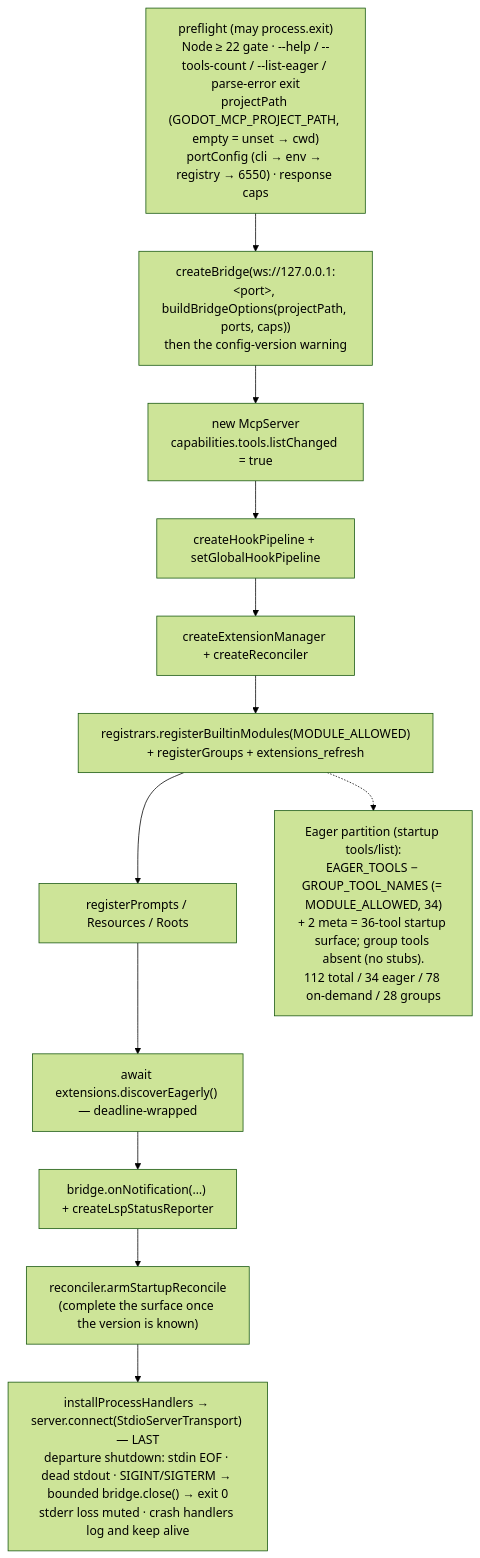
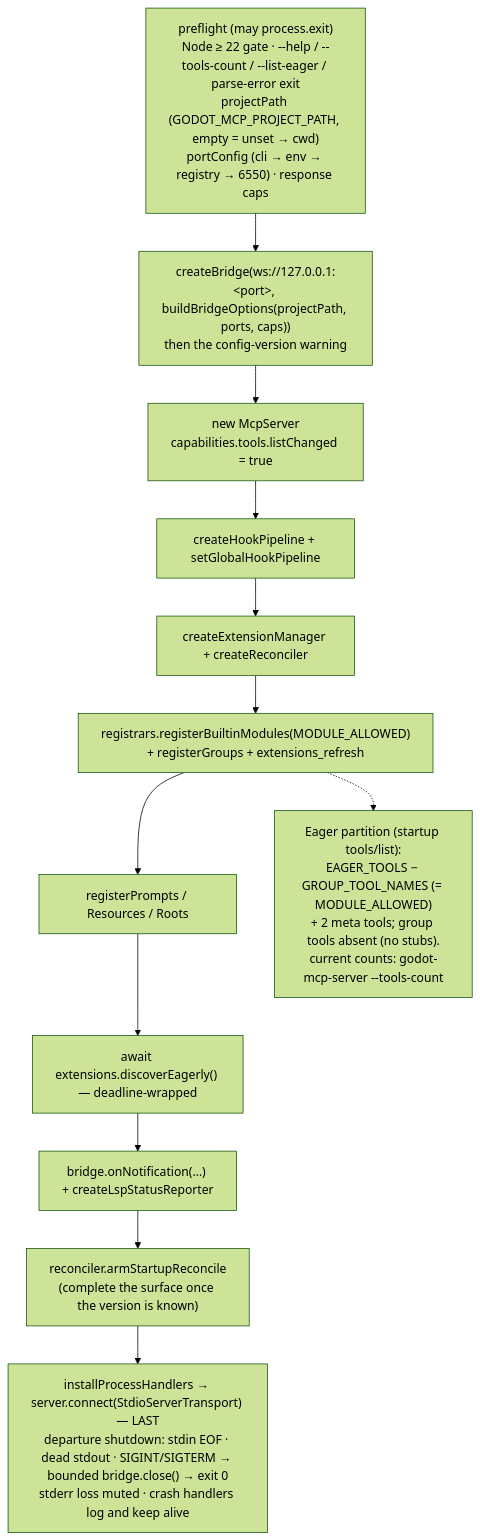
The third of 13 diagrams in docs/architecture/README.md (NPGameDev/godot-mcp-server), drawn with Mermaid (forest theme) before and after one commit. The commit also changed other lines of this file, not shown here.

````diff
--- a/docs/architecture/README.md
+++ b/docs/architecture/README.md
@@ -210,17 +211,17 @@
 ```mermaid
 flowchart TD
     pre["preflight (may process.exit)<br/>Node ≥ 22 gate · --help / --tools-count / --list-eager / parse-error exit<br/>projectPath (GODOT_MCP_PROJECT_PATH, empty = unset → cwd)<br/>portConfig (cli → env → registry → 6550) · response caps"]
     bridge["createBridge(ws://127.0.0.1:&lt;port&gt;, buildBridgeOptions(projectPath, ports, caps))<br/>then the config-version warning"]
     srv["new McpServer<br/>capabilities.tools.listChanged = true"]
     hooks["createHookPipeline + setGlobalHookPipeline"]
     subsys["createExtensionManager + createReconciler"]
     reg["registrars.registerBuiltinModules(MODULE_ALLOWED)<br/>+ registerGroups + extensions_refresh"]
     mcpcap["registerPrompts / Resources / Roots"]
     eager["await extensions.discoverEagerly() — deadline-wrapped"]
     notif["bridge.onNotification(…) + createLspStatusReporter"]
     recon["reconciler.armStartupReconcile<br/>(complete the surface once the version is known)"]
     conn["installProcessHandlers → server.connect(StdioServerTransport) — LAST<br/>departure shutdown: stdin EOF · dead stdout · SIGINT/SIGTERM → bounded bridge.close() → exit 0<br/>stderr loss muted · crash handlers log and keep alive"]
     pre --> bridge --> srv --> hooks --> subsys --> reg --> mcpcap --> eager --> notif --> recon --> conn
-    part["Eager partition (startup tools/list):<br/>EAGER_TOOLS − GROUP_TOOL_NAMES (= MODULE_ALLOWED, 34)<br/>+ 2 meta = 36-tool startup surface; group tools absent (no stubs).<br/>112 total / 34 eager / 78 on-demand / 28 groups"]
+    part["Eager partition (startup tools/list):<br/>EAGER_TOOLS − GROUP_TOOL_NAMES (= MODULE_ALLOWED)<br/>+ 2 meta tools; group tools absent (no stubs).<br/>current counts: godot-mcp-server --tools-count"]
     reg -.-> part
 ```
````
